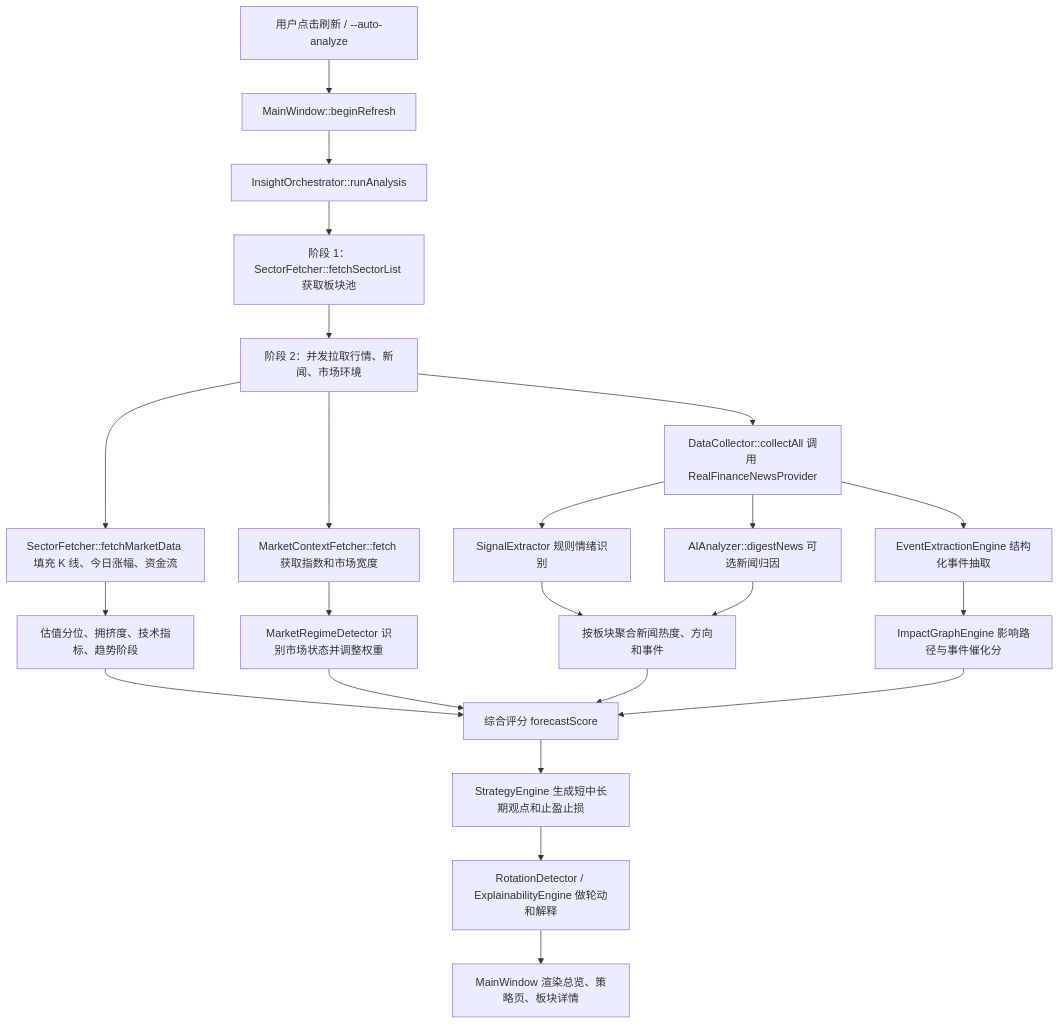
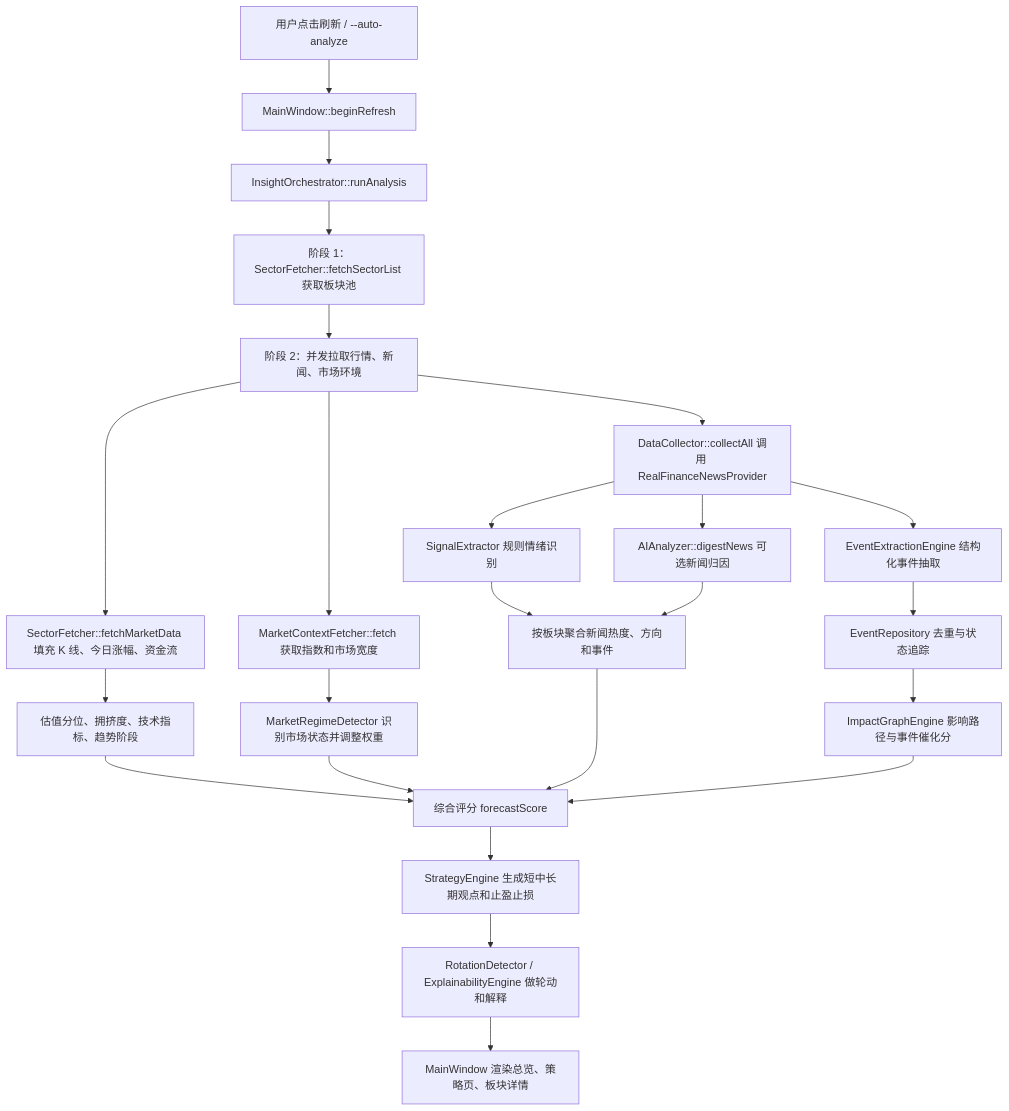
Before and after one commit to WavesTop/investmentTools: the first of 3 diagrams in docs/product/InvestInsight-product-overview.md, drawn with Mermaid. The commit also changed other lines of this file and 7 other files, not shown here.

````diff
--- a/docs/product/InvestInsight-product-overview.md
+++ b/docs/product/InvestInsight-product-overview.md
@@ -39,25 +39,26 @@
 ```mermaid
 flowchart TD
     A["用户点击刷新 / --auto-analyze"] --> B["MainWindow::beginRefresh"]
     B --> C["InsightOrchestrator::runAnalysis"]
     C --> D["阶段 1：SectorFetcher::fetchSectorList 获取板块池"]
     D --> E["阶段 2：并发拉取行情、新闻、市场环境"]
     E --> F1["SectorFetcher::fetchMarketData 填充 K 线、今日涨幅、资金流"]
     E --> F2["DataCollector::collectAll 调用 RealFinanceNewsProvider"]
     E --> F3["MarketContextFetcher::fetch 获取指数和市场宽度"]
     F2 --> G1["SignalExtractor 规则情绪识别"]
     F2 --> G0["EventExtractionEngine 结构化事件抽取"]
-    G0 --> G00["ImpactGraphEngine 影响路径与事件催化分"]
+    G0 --> G01["EventRepository 去重与状态追踪"]
+    G01 --> G00["ImpactGraphEngine 影响路径与事件催化分"]
     F2 --> G2["AIAnalyzer::digestNews 可选新闻归因"]
     F1 --> H["估值分位、拥挤度、技术指标、趋势阶段"]
     F3 --> I["MarketRegimeDetector 识别市场状态并调整权重"]
     G1 --> J["按板块聚合新闻热度、方向和事件"]
     G2 --> J
     H --> K["综合评分 forecastScore"]
     I --> K
     J --> K
     G00 --> K
     K --> L["StrategyEngine 生成短中长期观点和止盈止损"]
     L --> M["RotationDetector / ExplainabilityEngine 做轮动和解释"]
     M --> N["MainWindow 渲染总览、策略页、板块详情"]
 ```
````
